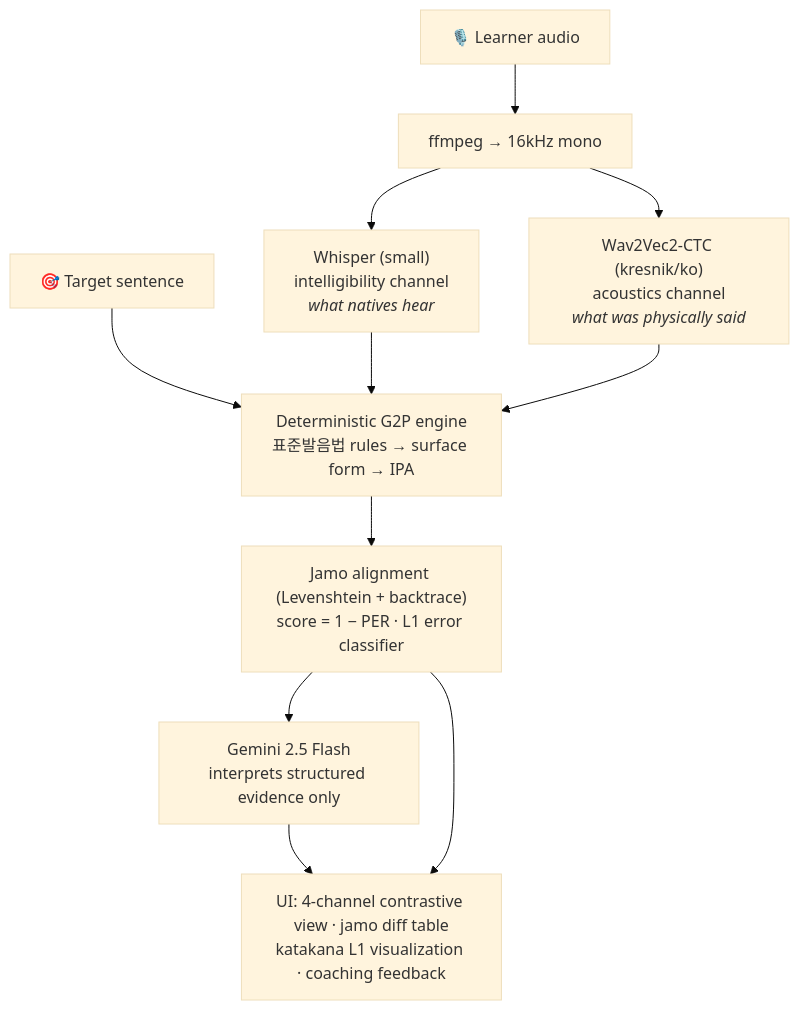
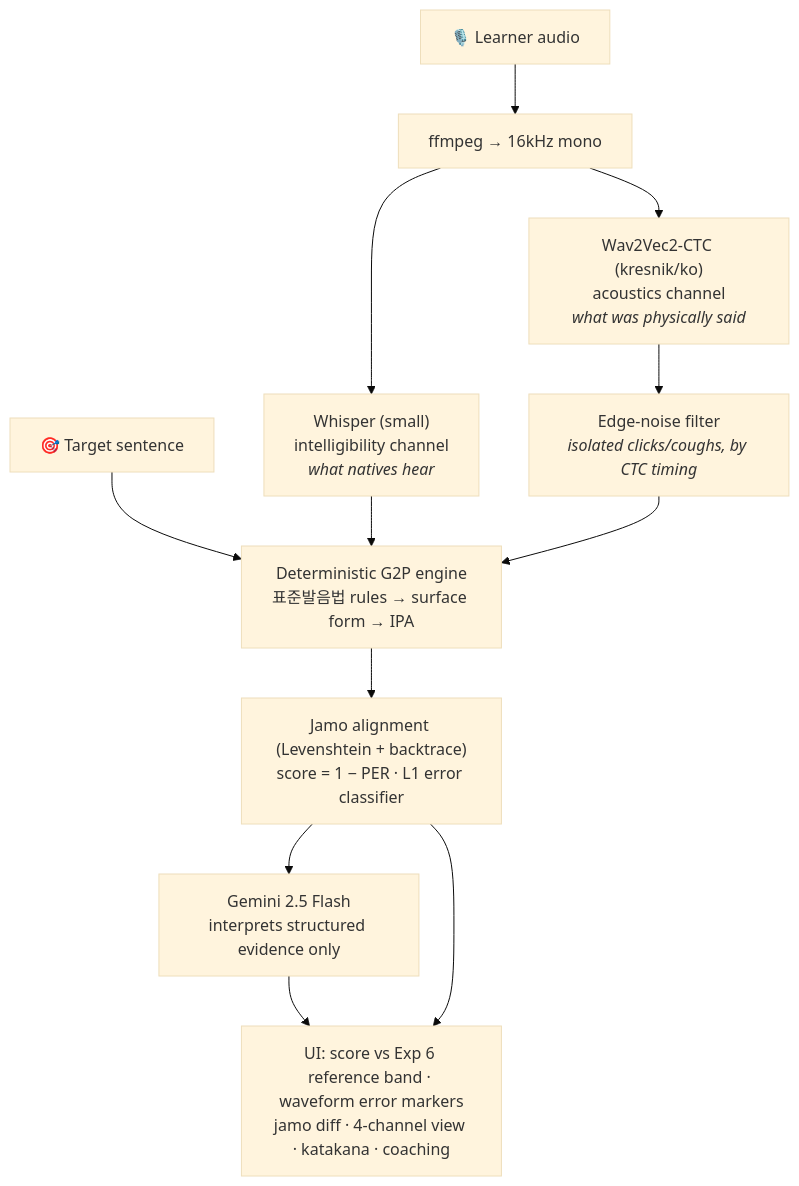
Before and after one commit to fairyofdata/PhonemeJP2KR: the diagram in README.md, drawn with Mermaid (base theme). The commit also changed other lines of this file and 4 other files, not shown here.

First line of the commit message:
docs: add a decision record; refresh diagrams, testing scope; drop dead helper

````diff
--- a/README.md
+++ b/README.md
@@ -55,13 +55,14 @@
 ```mermaid
 flowchart TD
     A[🎙️ Learner audio] --> B[ffmpeg → 16kHz mono]
     B --> C["Whisper (small)<br/>intelligibility channel<br/><i>what natives hear</i>"]
     B --> D["Wav2Vec2-CTC (kresnik/ko)<br/>acoustics channel<br/><i>what was physically said</i>"]
     T[🎯 Target sentence] --> G
     C --> G["Deterministic G2P engine<br/>표준발음법 rules → surface form → IPA"]
-    D --> G
+    D --> N["Edge-noise filter<br/><i>isolated clicks/coughs, by CTC timing</i>"]
+    N --> G
     G --> S["Jamo alignment (Levenshtein + backtrace)<br/>score = 1 − PER · L1 error classifier"]
     S --> L["Gemini 2.5 Flash<br/>interprets structured evidence only"]
-    L --> U["UI: 4-channel contrastive view · jamo diff table<br/>katakana L1 visualization · coaching feedback"]
+    L --> U["UI: score vs Exp 6 reference band · waveform error markers<br/>jamo diff · 4-channel view · katakana · coaching"]
     S --> U
 ```
````
